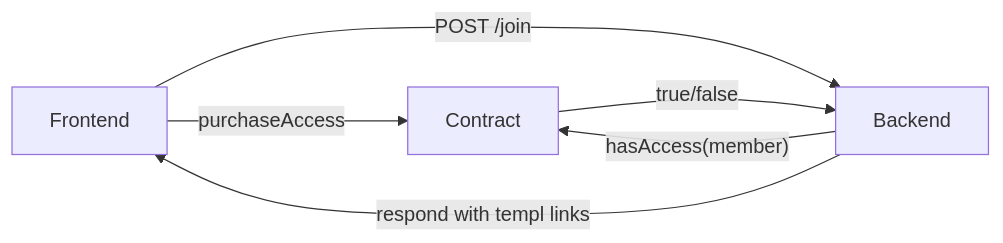
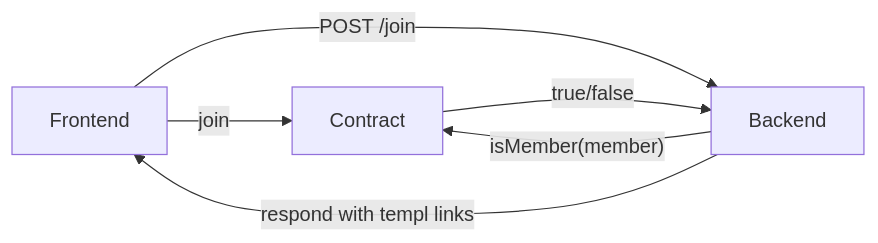
One commit to templ-fun/templ-evm-protocol changed the third of 11 diagrams in docs/CORE_FLOW_DOCS.MD. Above: the diagram before and after it, drawn with Mermaid. The commit also changed other lines of this file and 69 other files, not shown here.

Commit message:
refactor: rename membership flows to join terminology

````diff
--- a/docs/CORE_FLOW_DOCS.MD
+++ b/docs/CORE_FLOW_DOCS.MD
@@ -49,11 +49,11 @@
 ```mermaid
 flowchart LR
     F[Frontend];
     B[Backend];
     C[Contract];
-    F -->|"purchaseAccess"| C;
+    F -->|"join"| C;
     F -->|"POST /join"| B;
-    B -->|"hasAccess(member)"| C;
+    B -->|"isMember(member)"| C;
     C -->|"true/false"| B;
     B -->|"respond with templ links"| F;
 ```
````
